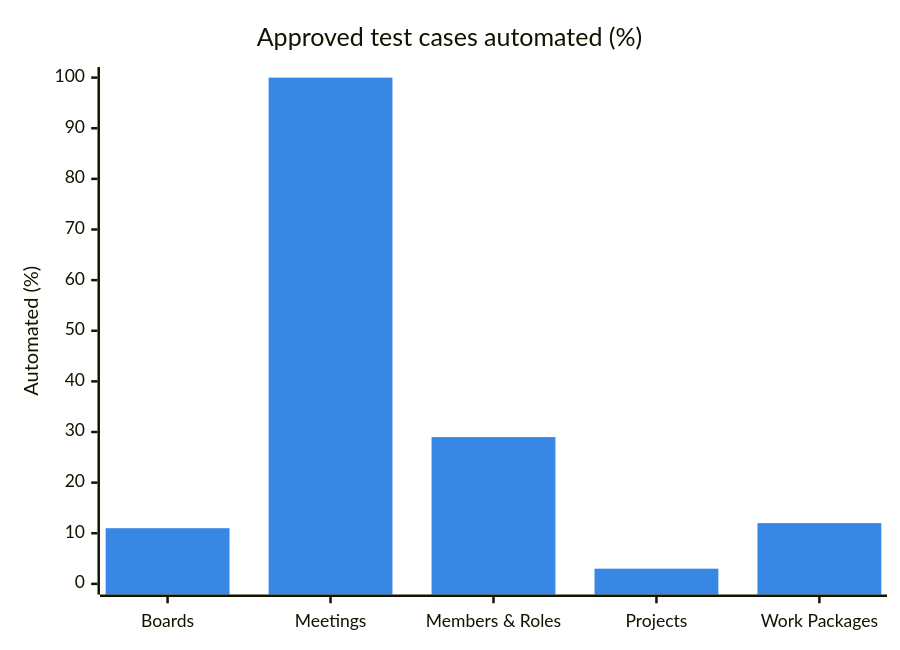
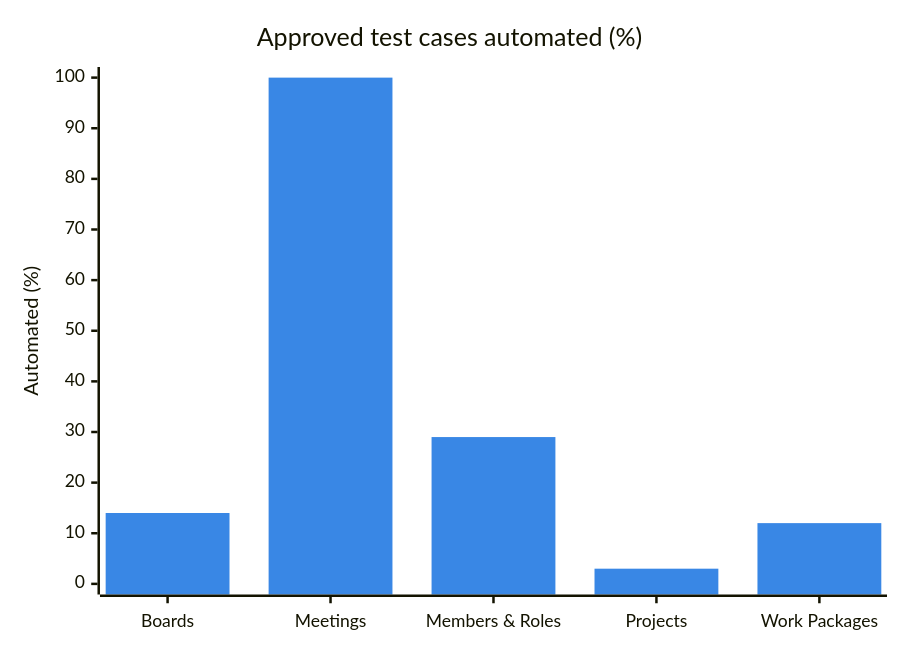
One commit to Top-Q/playwright-typescript changed the first of 4 diagrams in specs/product/vault/Dashboard.md. Above: the diagram before and after it, drawn with Mermaid. The commit also changed other lines of this file and 2 other files, not shown here.

````diff
--- a/specs/product/vault/Dashboard.md
+++ b/specs/product/vault/Dashboard.md
@@ -23,8 +23,8 @@
 ```mermaid
 %%{init: {"themeVariables":{"xyChart":{"plotColorPalette":"#3987e5"}}}}%%
 xychart-beta
     title "Approved test cases automated (%)"
     x-axis ["Boards", "Meetings", "Members & Roles", "Projects", "Work Packages"]
     y-axis "Automated (%)" 0 --> 100
-    bar [11, 100, 29, 3, 12]
+    bar [14, 100, 29, 3, 12]
 ```
````
